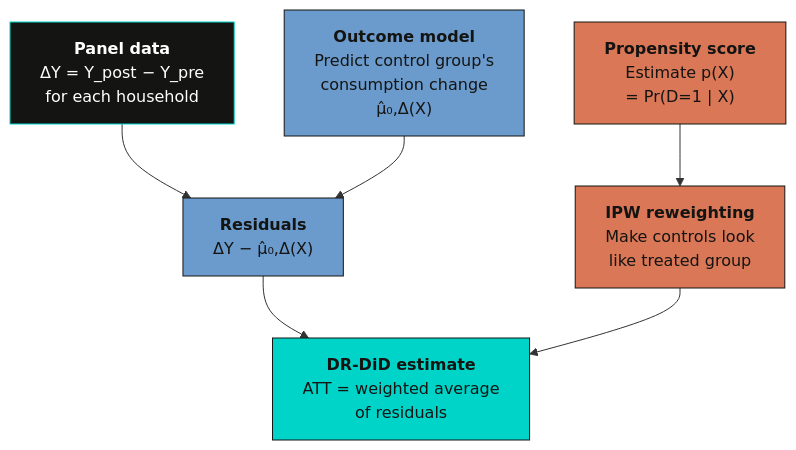
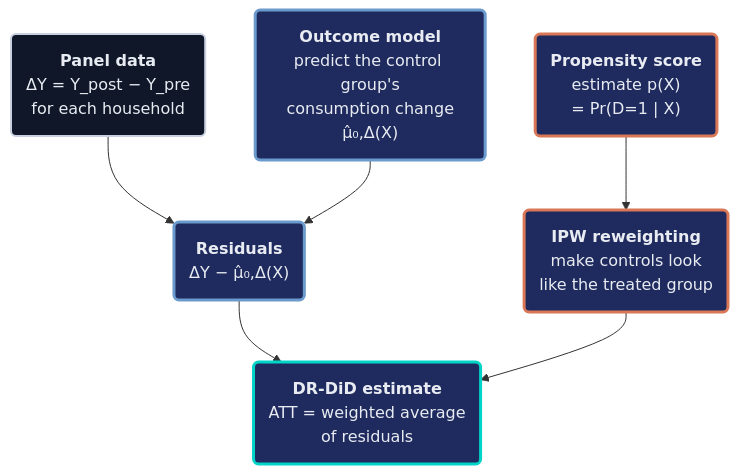
Before and after one commit to cmg777/starter-academic-v501: the eighth of 8 diagrams in content/post/stata_rct/index.md, drawn with Mermaid. The commit also changed other lines of this file and 2 other files, not shown here.

First line of the commit message:
content(mermaid): restyle flowcharts in stata_rct, python_dowhy, r_estimateW (pilot)

````diff
--- a/content/post/stata_rct/index.md
+++ b/content/post/stata_rct/index.md
@@ -1197,22 +1202,23 @@
 ```mermaid
 graph TD
-    DY["<b>Panel data</b><br/>ΔY = Y_post − Y_pre<br/>for each household"]
-    OR["<b>Outcome model</b><br/>Predict control group's<br/>consumption change<br/>μ̂₀,Δ(X)"]
-    PS["<b>Propensity score</b><br/>Estimate p(X)<br/>= Pr(D=1 | X)"]
-    RES["<b>Residuals</b><br/>ΔY − μ̂₀,Δ(X)"]
-    IPW_W["<b>IPW reweighting</b><br/>Make controls look<br/>like treated group"]
-    DRDID["<b>DR-DiD estimate</b><br/>ATT = weighted average<br/>of residuals"]
+    DY("<b>Panel data</b><br/>ΔY = Y_post − Y_pre<br/>for each household")
+    OR("<b>Outcome model</b><br/>predict the control group's<br/>consumption change<br/>μ̂₀,Δ(X)")
+    PS("<b>Propensity score</b><br/>estimate p(X)<br/>= Pr(D=1 | X)")
+    RES("<b>Residuals</b><br/>ΔY − μ̂₀,Δ(X)")
+    IPW_W("<b>IPW reweighting</b><br/>make controls look<br/>like the treated group")
+    DRDID("<b>DR-DiD estimate</b><br/>ATT = weighted average<br/>of residuals")
 
     DY --> RES
     OR --> RES
     PS --> IPW_W
     RES --> DRDID
     IPW_W --> DRDID
-
-    style DY fill:#141413,stroke:#00d4c8,color:#fff
-    style OR fill:#6a9bcc,stroke:#141413,color:#141413
-    style PS fill:#d97757,stroke:#141413,color:#141413
-    style RES fill:#6a9bcc,stroke:#141413,color:#141413
-    style IPW_W fill:#d97757,stroke:#141413,color:#141413
-    style DRDID fill:#00d4c8,stroke:#141413,color:#141413
+    classDef anchor fill:#0f1729,stroke:#c8d0e0,stroke-width:2px,color:#e8ecf2
+    classDef blue fill:#1f2b5e,stroke:#6a9bcc,stroke-width:3px,color:#e8ecf2
+    classDef orange fill:#1f2b5e,stroke:#d97757,stroke-width:3px,color:#e8ecf2
+    classDef teal fill:#1f2b5e,stroke:#00d4c8,stroke-width:3px,color:#e8ecf2
+    class DY anchor
+    class OR,RES blue
+    class PS,IPW_W orange
+    class DRDID teal
 ```
````
